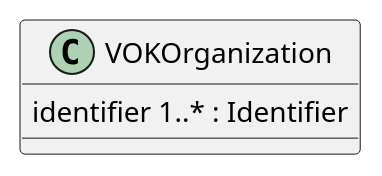
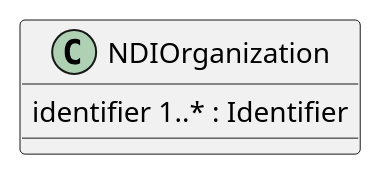
The diagram in input/image-source/dia.plantuml (danka74/verksamhet-och-organisation), drawn with PlantUML before and after one commit. The commit also changed 19 other files, not shown here.

```diff
--- a/input/image-source/dia.plantuml
+++ b/input/image-source/dia.plantuml
@@ -1,6 +1,6 @@
 @startuml dia
-class VOKOrganization {
+class NDIOrganization {
     identifier 1..* : Identifier
 }
 
 @enduml
```
